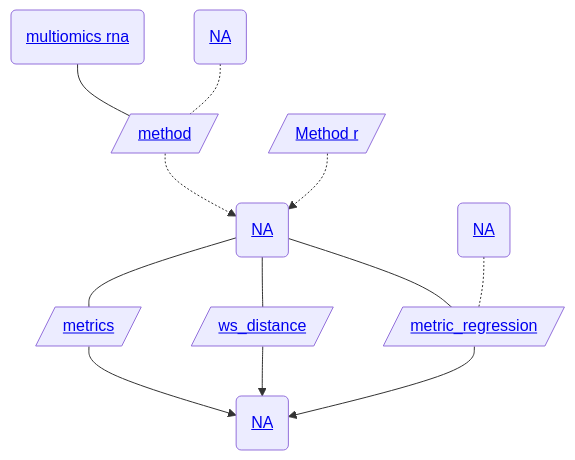
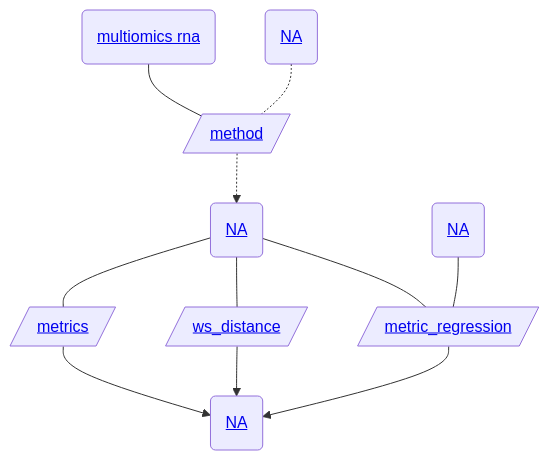
One commit to openproblems-bio/task_grn_inference changed the diagram in README.md. Above: the diagram before and after it, drawn with Mermaid. The commit also changed other lines of this file and 12 other files, not shown here.

````diff
--- a/README.md
+++ b/README.md
@@ -82,24 +82,22 @@
 ``` mermaid
 flowchart TB
   file_atac_h5ad("<a href='https://github.com/openproblems-bio/task_grn_inference#file-format-NA'>NA</a>")
   comp_method[/"<a href='https://github.com/openproblems-bio/task_grn_inference#component-type-method'>method</a>"/]
-  file_prediction("<a href='https://github.com/openproblems-bio/task_grn_inference#file-format-NA'>NA</a>")
+  file_prediction_h5ad("<a href='https://github.com/openproblems-bio/task_grn_inference#file-format-NA'>NA</a>")
   comp_metric_regression[/"<a href='https://github.com/openproblems-bio/task_grn_inference#component-type-metric-regression'>metric_regression</a>"/]
   comp_metric_ws[/"<a href='https://github.com/openproblems-bio/task_grn_inference#component-type-ws-distance'>ws_distance</a>"/]
   comp_metric[/"<a href='https://github.com/openproblems-bio/task_grn_inference#component-type-metrics'>metrics</a>"/]
-  file_score("<a href='https://github.com/openproblems-bio/task_grn_inference#file-format-NA'>NA</a>")
+  file_score_h5ad("<a href='https://github.com/openproblems-bio/task_grn_inference#file-format-NA'>NA</a>")
   file_evaluation_h5ad("<a href='https://github.com/openproblems-bio/task_grn_inference#file-format-NA'>NA</a>")
   file_rna_h5ad("<a href='https://github.com/openproblems-bio/task_grn_inference#file-format-multiomics-rna'>multiomics rna</a>")
-  comp_method_r[/"<a href='https://github.com/openproblems-bio/task_grn_inference#component-type-method-r'>Method r</a>"/]
   file_atac_h5ad-.-comp_method
-  comp_method-.->file_prediction
-  file_prediction---comp_metric_regression
-  file_prediction---comp_metric_ws
-  file_prediction---comp_metric
-  comp_metric_regression-->file_score
-  comp_metric_ws-->file_score
-  comp_metric-->file_score
-  file_evaluation_h5ad-.-comp_metric_regression
+  comp_method-.->file_prediction_h5ad
+  file_prediction_h5ad---comp_metric_regression
+  file_prediction_h5ad---comp_metric_ws
+  file_prediction_h5ad---comp_metric
+  comp_metric_regression-->file_score_h5ad
+  comp_metric_ws-->file_score_h5ad
+  comp_metric-->file_score_h5ad
+  file_evaluation_h5ad---comp_metric_regression
   file_rna_h5ad---comp_method
-  comp_method_r-.->file_prediction
 ```
````
